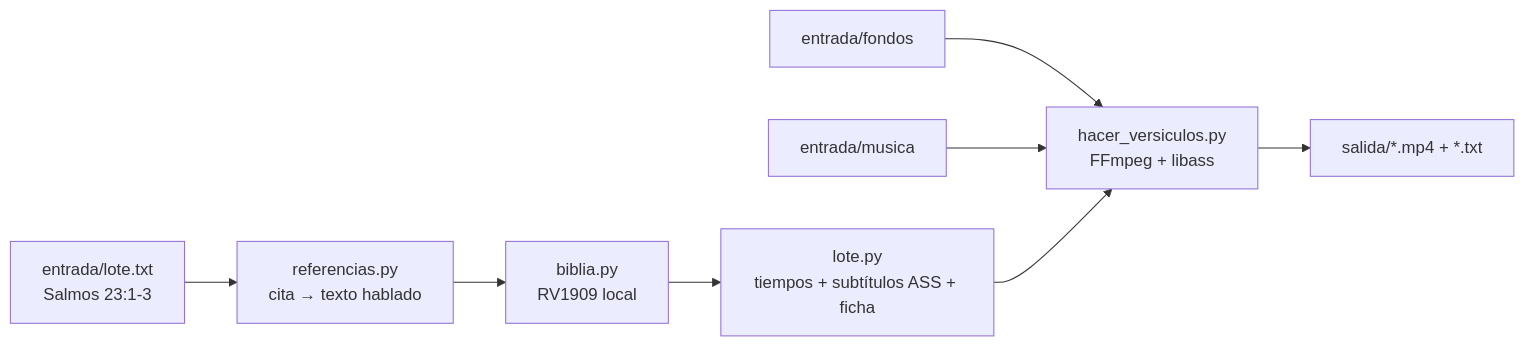
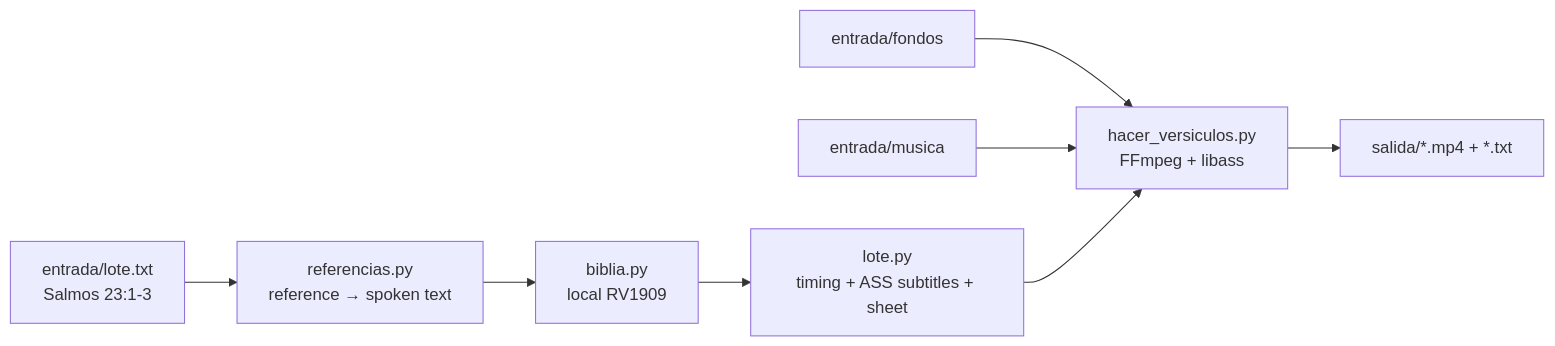
One commit to RosaritoRD/bible-verse-shorts changed the diagram in README.md. Above: the diagram before and after it, drawn with Mermaid. The commit also changed other lines of this file and 3 other files, not shown here.

````diff
--- a/README.md
+++ b/README.md
@@ -32,9 +32,9 @@
 ```mermaid
 flowchart LR
-    L[entrada/lote.txt<br/>Salmos 23:1-3] --> R[referencias.py<br/>cita → texto hablado]
-    R --> B[biblia.py<br/>RV1909 local]
-    B --> T[lote.py<br/>tiempos + subtítulos ASS + ficha]
+    L[entrada/lote.txt<br/>Salmos 23:1-3] --> R[referencias.py<br/>reference → spoken text]
+    R --> B[biblia.py<br/>local RV1909]
+    B --> T[lote.py<br/>timing + ASS subtitles + sheet]
     F[entrada/fondos] --> V[hacer_versiculos.py<br/>FFmpeg + libass]
     M[entrada/musica] --> V
     T --> V --> S[salida/*.mp4 + *.txt]
 ```
````
